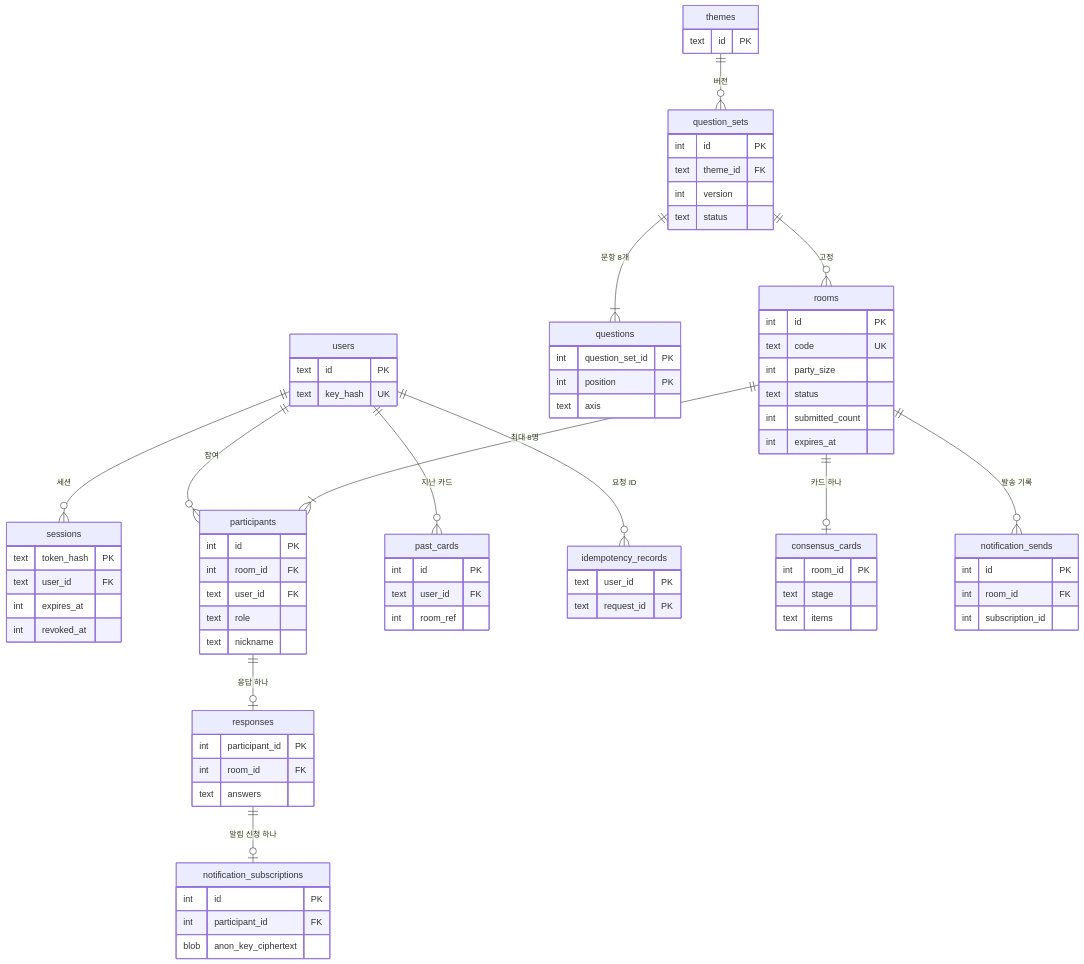
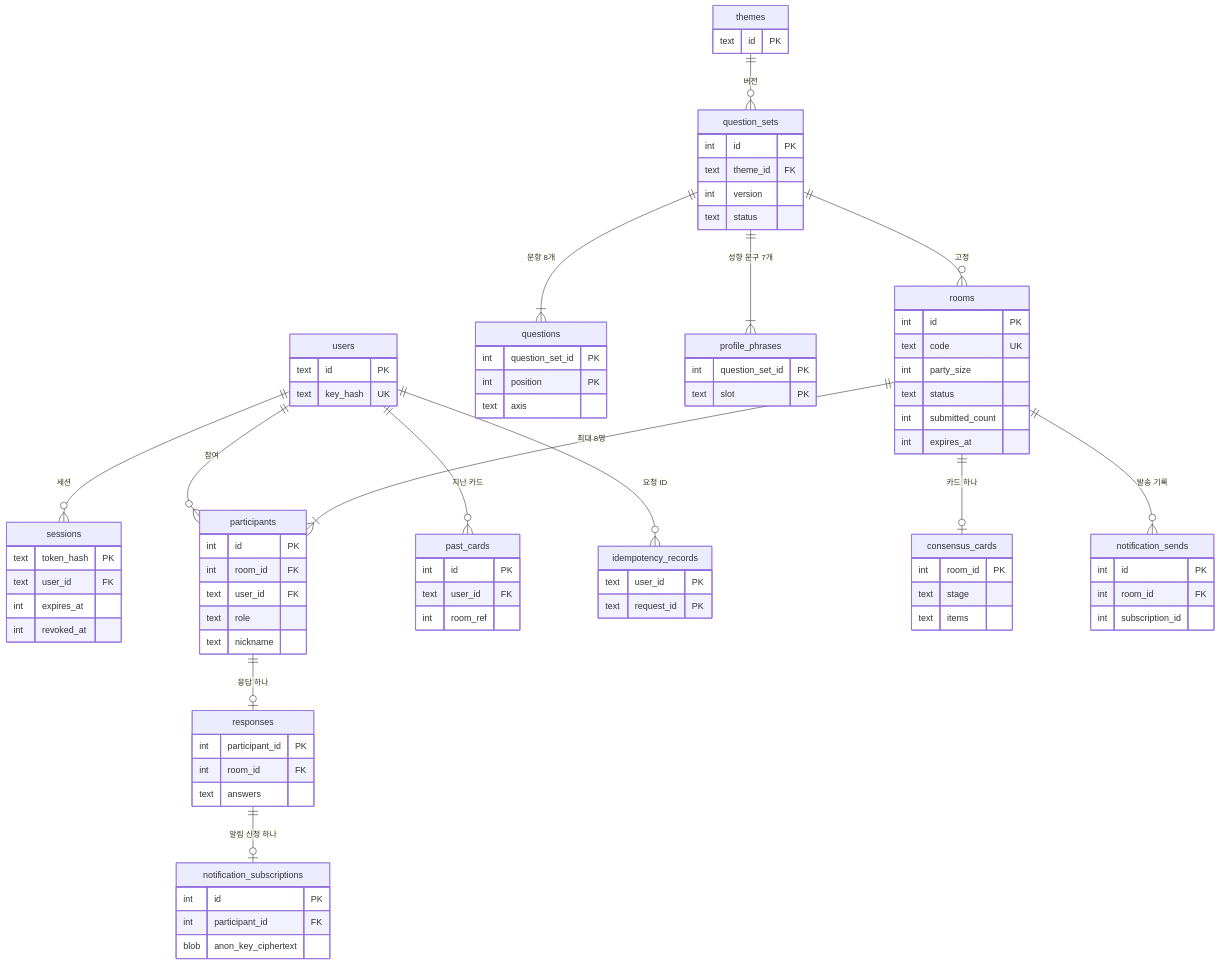
Before and after one commit to kodonghui/moim-card: the diagram in docs/05-erd/erd.md, drawn with Mermaid. The commit also changed other lines of this file and 9 other files, not shown here.

```diff
--- a/docs/05-erd/erd.md
+++ b/docs/05-erd/erd.md
@@ -19,6 +19,7 @@
   users ||--o{ idempotency_records : "요청 ID"
   themes ||--o{ question_sets : "버전"
   question_sets ||--|{ questions : "문항 8개"
+  question_sets ||--|{ profile_phrases : "성향 문구 7개"
   question_sets ||--o{ rooms : "고정"
   rooms ||--|{ participants : "최대 8명"
   participants ||--o| responses : "응답 하나"
@@ -49,6 +50,10 @@
     int question_set_id PK
     int position PK
     text axis
+  }
+  profile_phrases {
+    int question_set_id PK
+    text slot PK
   }
   rooms {
     int id PK
```
